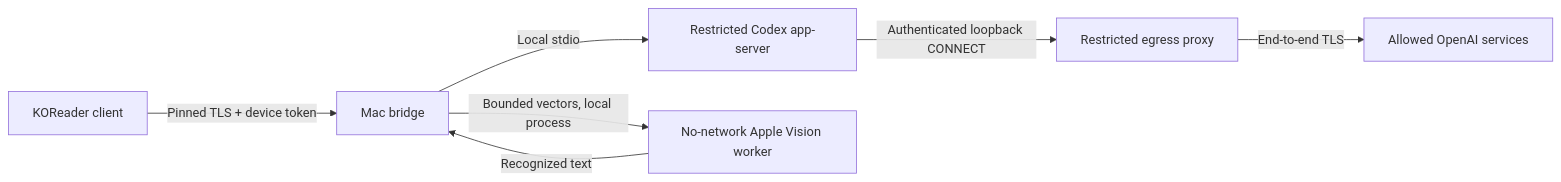
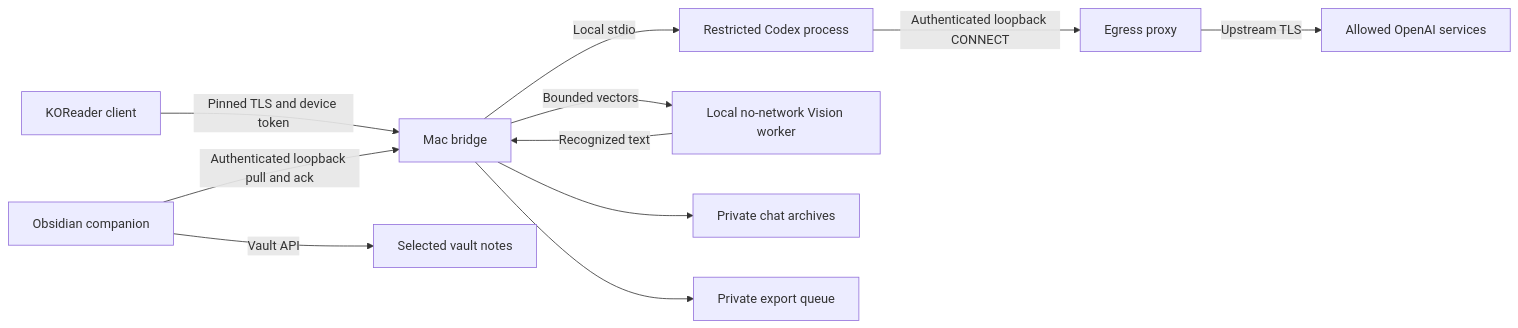
The diagram in docs/ARCHITECTURE.md (yomogiu/KOdexplugin), drawn with Mermaid before and after one commit. The commit also changed other lines of this file and 20 other files, not shown here.

````diff
--- a/docs/ARCHITECTURE.md
+++ b/docs/ARCHITECTURE.md
@@ -5,9 +5,13 @@
 ```mermaid
 flowchart LR
- K[KOReader client] -->|Pinned TLS + device token| B[Mac bridge]
- B -->|Local stdio| C[Restricted Codex app-server]
- C -->|Authenticated loopback CONNECT| E[Restricted egress proxy]
- E -->|End-to-end TLS| O[Allowed OpenAI services]
- B -->|Bounded vectors, local process| V[No-network Apple Vision worker]
+ K[KOReader client] -->|Pinned TLS and device token| B[Mac bridge]
+ B -->|Local stdio| C[Restricted Codex process]
+ C -->|Authenticated loopback CONNECT| E[Egress proxy]
+ E -->|Upstream TLS| O[Allowed OpenAI services]
+ B -->|Bounded vectors| V[Local no-network Vision worker]
  V -->|Recognized text| B
+ B --> A[Private chat archives]
+ B --> Q[Private export queue]
+ P[Obsidian companion] -->|Authenticated loopback pull and ack| B
+ P -->|Vault API| N[Selected vault notes]
 ```
````
